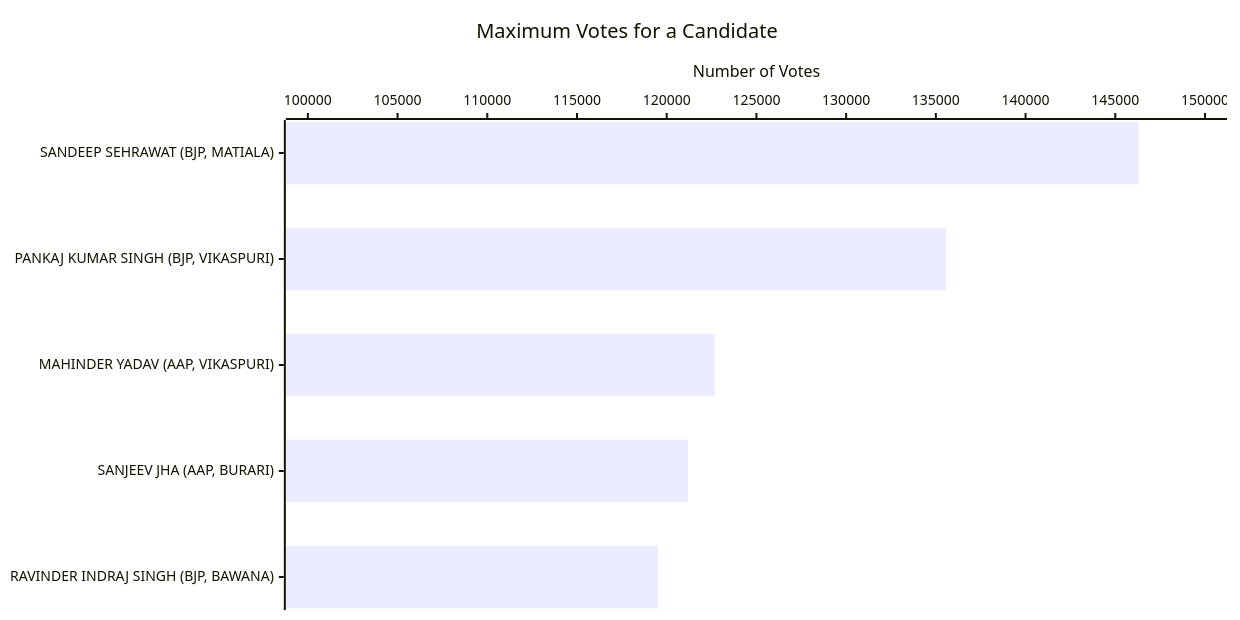
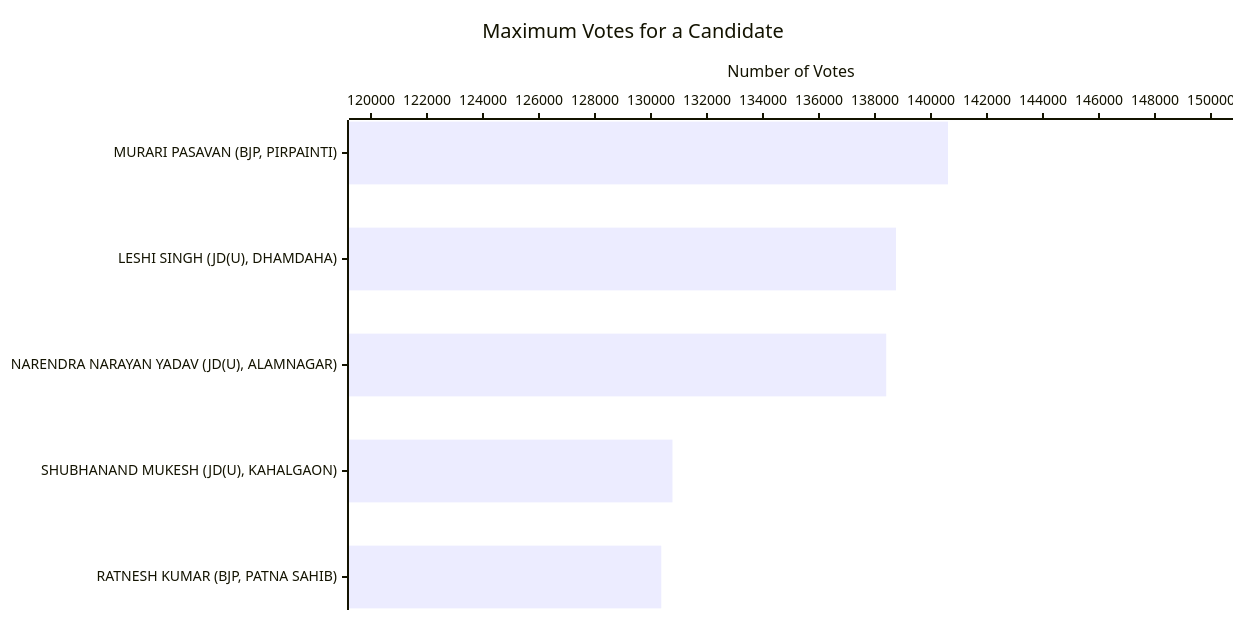
The second of 23 diagrams in BIHAR-GRAPH.md (arjunswaj/elections), drawn with Mermaid before and after one commit. The commit also changed other lines of this file and 5 other files, not shown here.

````diff
--- a/BIHAR-GRAPH.md
+++ b/BIHAR-GRAPH.md
@@ -74,17 +74,17 @@
 ```mermaid
 ---
 config:
     xyChart:
         width: 1200
         height: 600
         chartOrientation: horizontal
         dataLabels:
             enabled: true
             placement: end
 ---
 xychart-beta
     title "Maximum Votes for a Candidate"
-    x-axis ["SANDEEP SEHRAWAT (BJP, MATIALA)", "PANKAJ KUMAR SINGH (BJP, VIKASPURI)", "MAHINDER YADAV (AAP, VIKASPURI)", "SANJEEV JHA (AAP, BURARI)", "RAVINDER INDRAJ SINGH (BJP, BAWANA)"]
-    y-axis "Number of Votes" 100000 --> 150000
-    bar [146295, 135564, 122688, 121181, 119515]
+    x-axis ["MURARI PASAVAN (BJP, PIRPAINTI)", "LESHI SINGH (JD(U), DHAMDAHA)", "NARENDRA NARAYAN YADAV (JD(U), ALAMNAGAR)", "SHUBHANAND MUKESH (JD(U), KAHALGAON)", "RATNESH KUMAR (BJP, PATNA SAHIB)"]
+    y-axis "Number of Votes" 120000 --> 150000
+    bar [140608, 138750, 138401, 130767, 130366]
 ```
````
